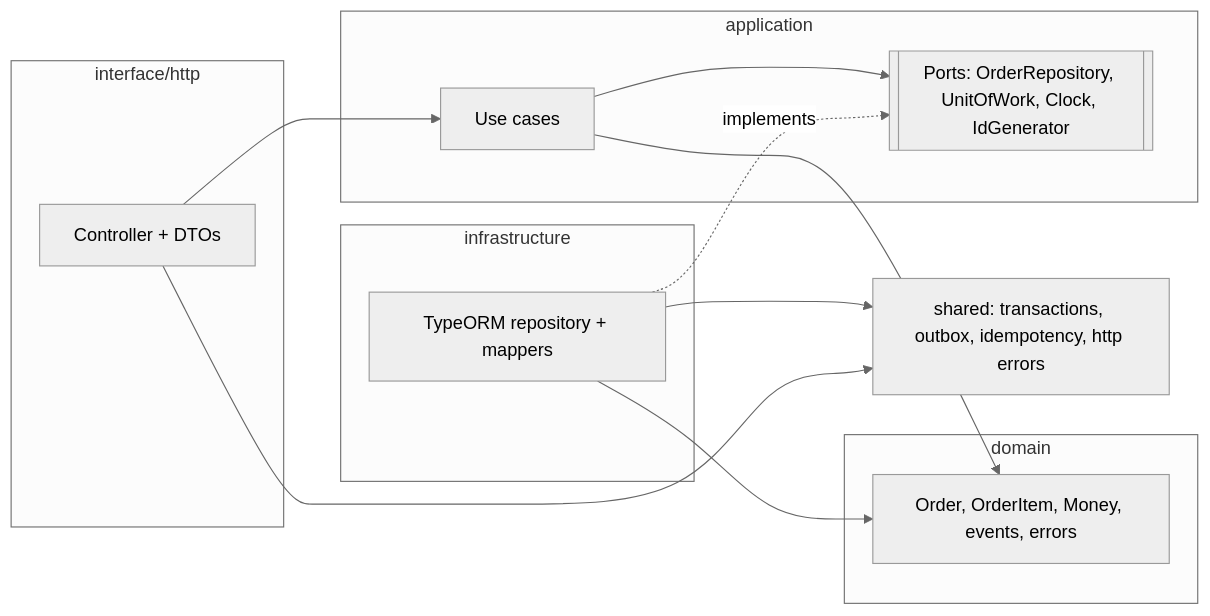
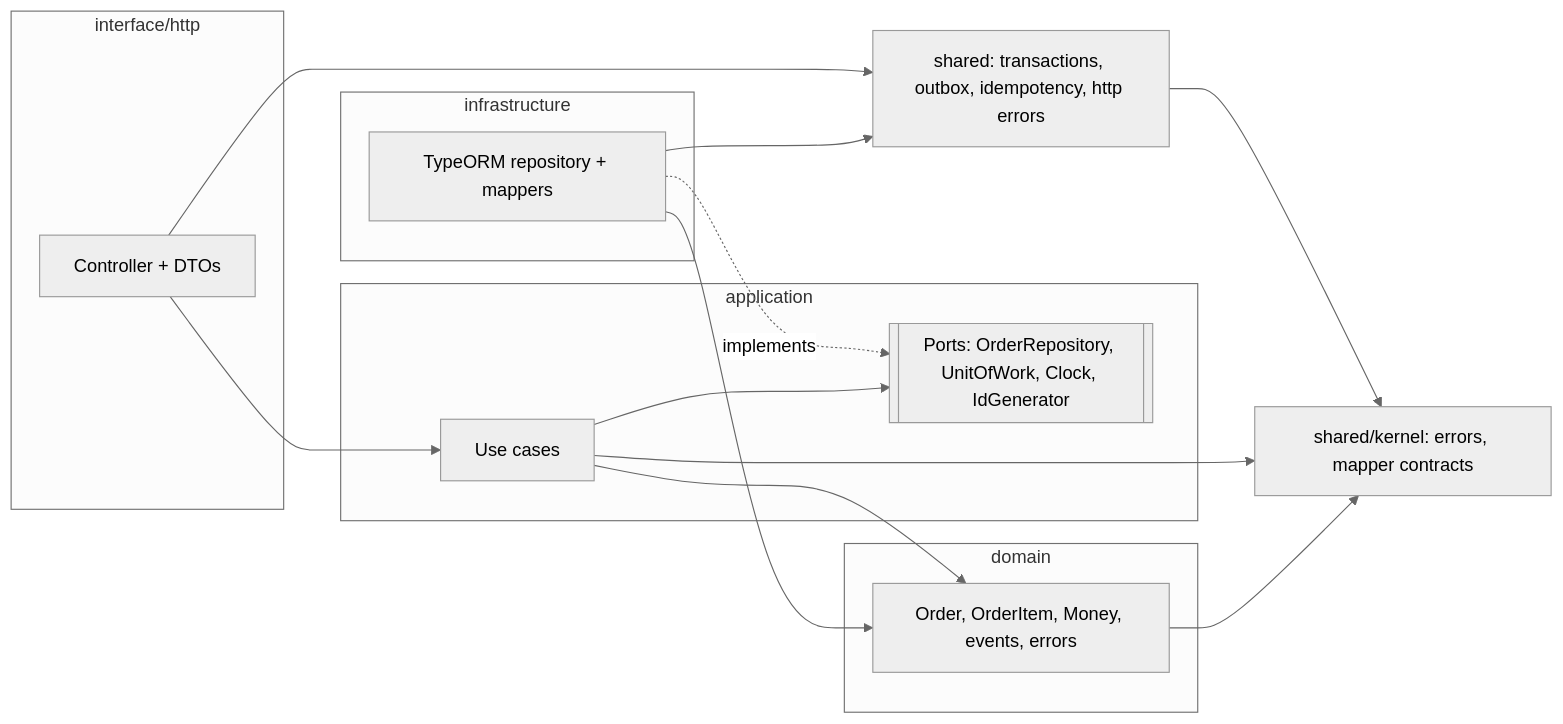
Before and after one commit to benitezho/nestjs-clean-architecture: the first of 2 diagrams in README.md, drawn with Mermaid (neutral theme). The commit also changed other lines of this file and 3 other files, not shown here.

````diff
--- a/README.md
+++ b/README.md
@@ -36,25 +43,29 @@
 ```mermaid
 flowchart LR
   subgraph interface["interface/http"]
     C[Controller + DTOs]
   end
   subgraph application["application"]
     UC[Use cases]
     P[[Ports: OrderRepository, UnitOfWork, Clock, IdGenerator]]
   end
   subgraph domain["domain"]
     D[Order, OrderItem, Money, events, errors]
   end
   subgraph infrastructure["infrastructure"]
     R[TypeORM repository + mappers]
   end
+  K[shared/kernel: errors, mapper contracts]
   S[shared: transactions, outbox, idempotency, http errors]
 
   C --> UC
   UC --> D
   UC --> P
   R -. implements .-> P
   R --> D
   R --> S
   C --> S
+  D --> K
+  UC --> K
+  S --> K
 ```
````
